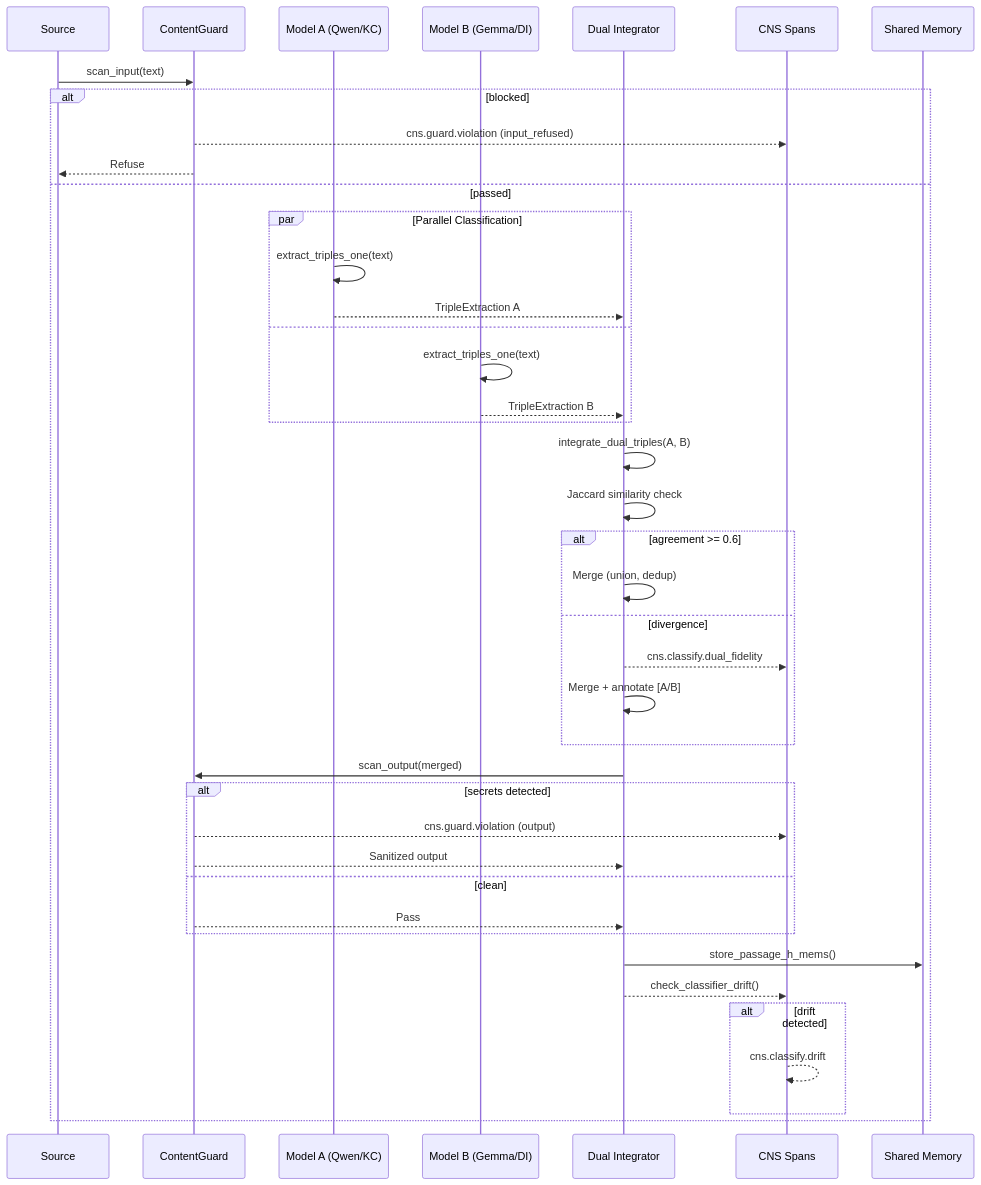
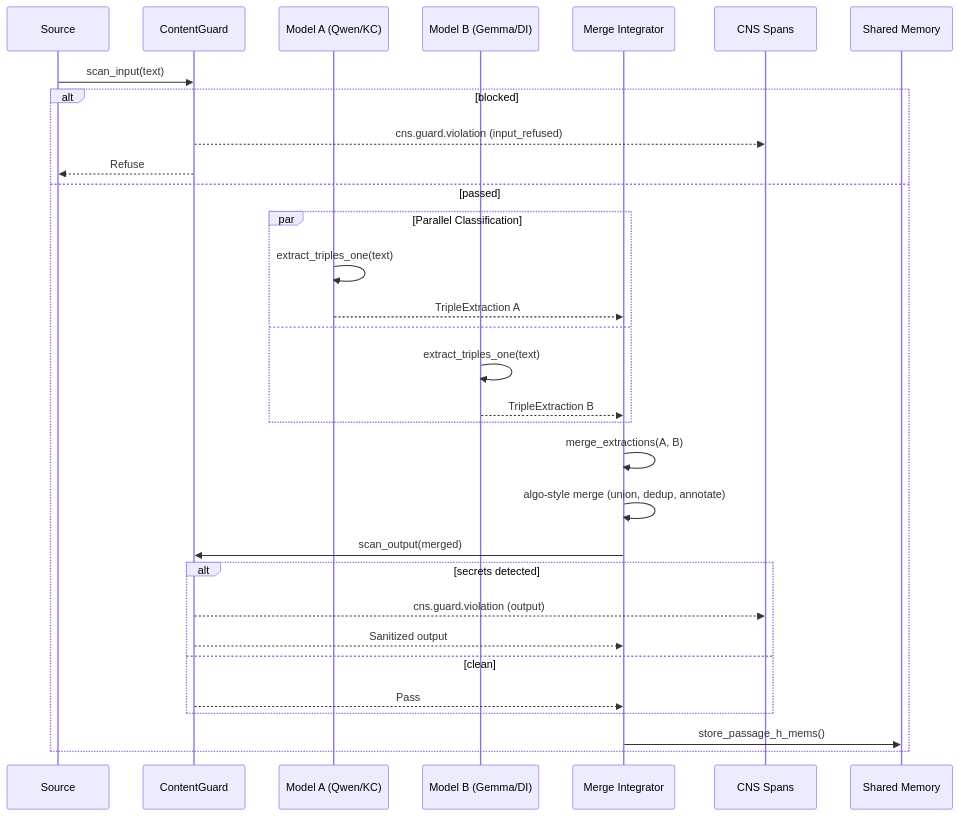
One commit to mdz-axo/hKask changed the eighth of 9 diagrams in docs/explanation/cognition-and-replica.md. Above: the diagram before and after it, drawn with Mermaid. The commit also changed other lines of this file and 18 other files, not shown here.

First line of the commit message:
Refactoring dual-model classifier with simpler merge logic, removing  env var and settings, updating config and docs.</think>Refactor  dual-model classifier to simpler algo merge

````diff
--- a/docs/explanation/cognition-and-replica.md
+++ b/docs/explanation/cognition-and-replica.md
@@ -844,49 +844,37 @@
 ```mermaid
 sequenceDiagram
     participant S as Source
     participant G as ContentGuard
     participant MA as Model A (Qwen/KC)
     participant MB as Model B (Gemma/DI)
-    participant I as Dual Integrator
+    participant I as Merge Integrator
     participant CNS as CNS Spans
     participant M as Shared Memory
 
     S->>G: scan_input(text)
     alt blocked
         G-->>CNS: cns.guard.violation (input_refused)
         G-->>S: Refuse
     else passed
         par Parallel Classification
             MA->>MA: extract_triples_one(text)
             MA-->>I: TripleExtraction A
         and
             MB->>MB: extract_triples_one(text)
             MB-->>I: TripleExtraction B
         end
 
-        I->>I: integrate_dual_triples(A, B)
-        I->>I: Jaccard similarity check
-
-        alt agreement >= 0.6
-            I->>I: Merge (union, dedup)
-        else divergence
-            I-->>CNS: cns.classify.dual_fidelity
-            I->>I: Merge + annotate [A/B]
-        end
+        I->>I: merge_extractions(A, B)
+        I->>I: algo-style merge (union, dedup, annotate)
 
         I->>G: scan_output(merged)
         alt secrets detected
             G-->>CNS: cns.guard.violation (output)
             G-->>I: Sanitized output
         else clean
             G-->>I: Pass
         end
 
         I->>M: store_passage_h_mems()
-        I-->>CNS: check_classifier_drift()
-
-        alt drift detected
-            CNS-->>CNS: cns.classify.drift
-        end
     end
 ```
````
